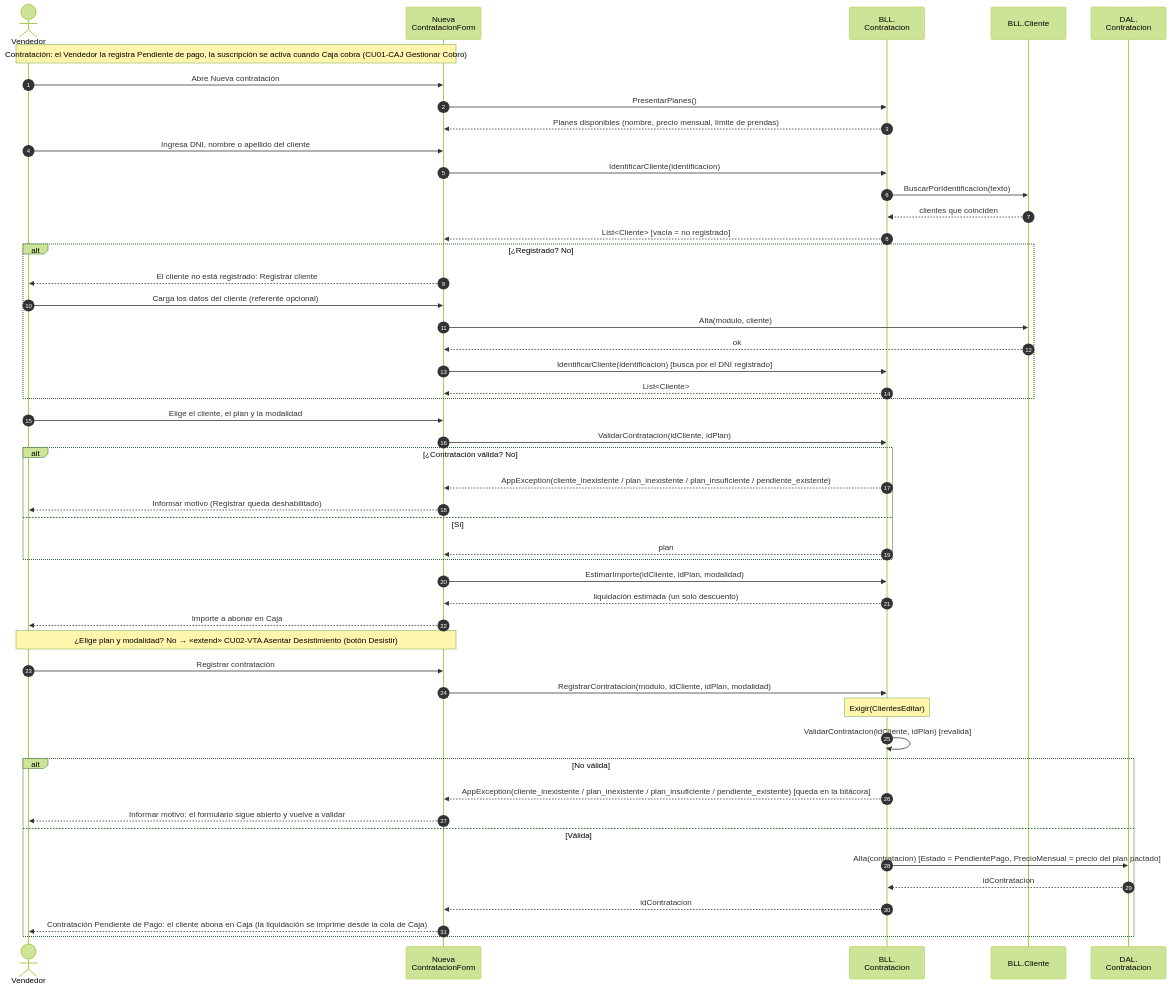
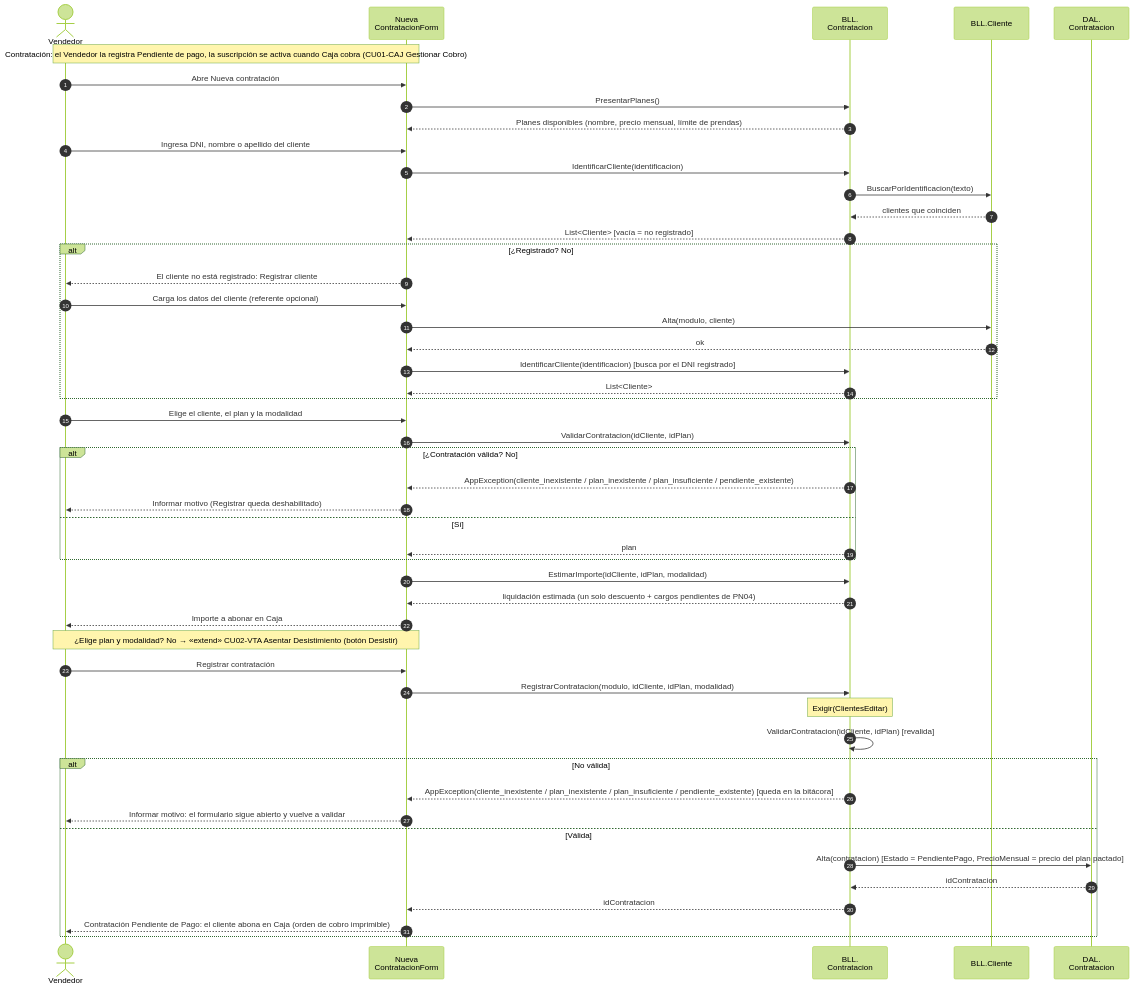
Before and after one commit to valentinamorana/Trabajo-de-Diploma: the diagram in docs/diagramas/mermaid/DSS_PN02_CU01_VTA_GestionarSuscripcion.mmd, drawn with Mermaid (forest theme). The commit also changed 75 other files, not shown here.

```diff
--- a/docs/diagramas/mermaid/DSS_PN02_CU01_VTA_GestionarSuscripcion.mmd
+++ b/docs/diagramas/mermaid/DSS_PN02_CU01_VTA_GestionarSuscripcion.mmd
@@ -1,49 +1,49 @@
 sequenceDiagram
   autonumber
   actor V as Vendedor
   participant F as Nueva<br/>ContratacionForm
   participant B as BLL.<br/>Contratacion
   participant CB as BLL.Cliente
   participant D as DAL.<br/>Contratacion
   Note over V,F: Contratación: el Vendedor la registra Pendiente de pago, la suscripción se activa cuando Caja cobra (CU01-CAJ Gestionar Cobro)
   V->>F: Abre Nueva contratación
   F->>B: PresentarPlanes()
   B-->>F: Planes disponibles (nombre, precio mensual, límite de prendas)
   V->>F: Ingresa DNI, nombre o apellido del cliente
   F->>B: IdentificarCliente(identificacion)
   B->>CB: BuscarPorIdentificacion(texto)
   CB-->>B: clientes que coinciden
   B-->>F: List<Cliente>  [vacía = no registrado]
   alt ¿Registrado? No
     F-->>V: El cliente no está registrado: Registrar cliente
     V->>F: Carga los datos del cliente (referente opcional)
     F->>CB: Alta(modulo, cliente)
     CB-->>F: ok
     F->>B: IdentificarCliente(identificacion)  [busca por el DNI registrado]
     B-->>F: List<Cliente>
   end
   V->>F: Elige el cliente, el plan y la modalidad
   F->>B: ValidarContratacion(idCliente, idPlan)
   alt ¿Contratación válida? No
     B-->>F: AppException(cliente_inexistente / plan_inexistente / plan_insuficiente / pendiente_existente)
     F-->>V: Informar motivo (Registrar queda deshabilitado)
   else Sí
     B-->>F: plan
   end
   F->>B: EstimarImporte(idCliente, idPlan, modalidad)
-  B-->>F: liquidación estimada (un solo descuento)
+  B-->>F: liquidación estimada (un solo descuento + cargos pendientes de PN04)
   F-->>V: Importe a abonar en Caja
   Note over V,F: ¿Elige plan y modalidad? No → «extend» CU02-VTA Asentar Desistimiento (botón Desistir)
   V->>F: Registrar contratación
   F->>B: RegistrarContratacion(modulo, idCliente, idPlan, modalidad)
   Note over B: Exigir(ClientesEditar)
   B->>B: ValidarContratacion(idCliente, idPlan)  [revalida]
   alt No válida
     B-->>F: AppException(cliente_inexistente / plan_inexistente / plan_insuficiente / pendiente_existente)  [queda en la bitácora]
     F-->>V: Informar motivo: el formulario sigue abierto y vuelve a validar
   else Válida
     B->>D: Alta(contratacion)  [Estado = PendientePago, PrecioMensual = precio del plan pactado]
     D-->>B: idContratacion
     B-->>F: idContratacion
-    F-->>V: Contratación Pendiente de Pago: el cliente abona en Caja (la liquidación se imprime desde la cola de Caja)
+    F-->>V: Contratación Pendiente de Pago: el cliente abona en Caja (orden de cobro imprimible)
   end
```
